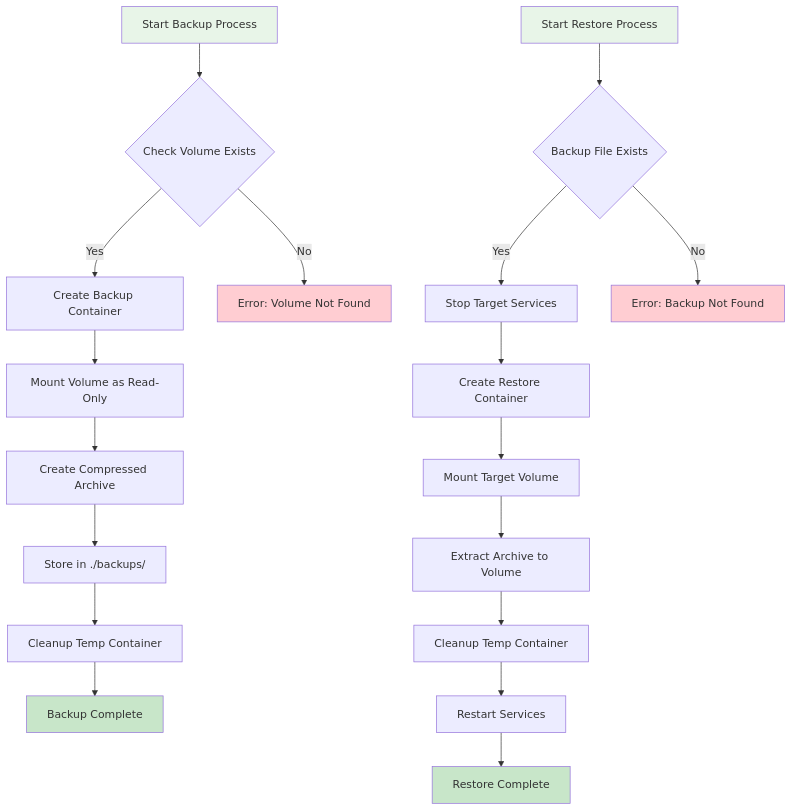
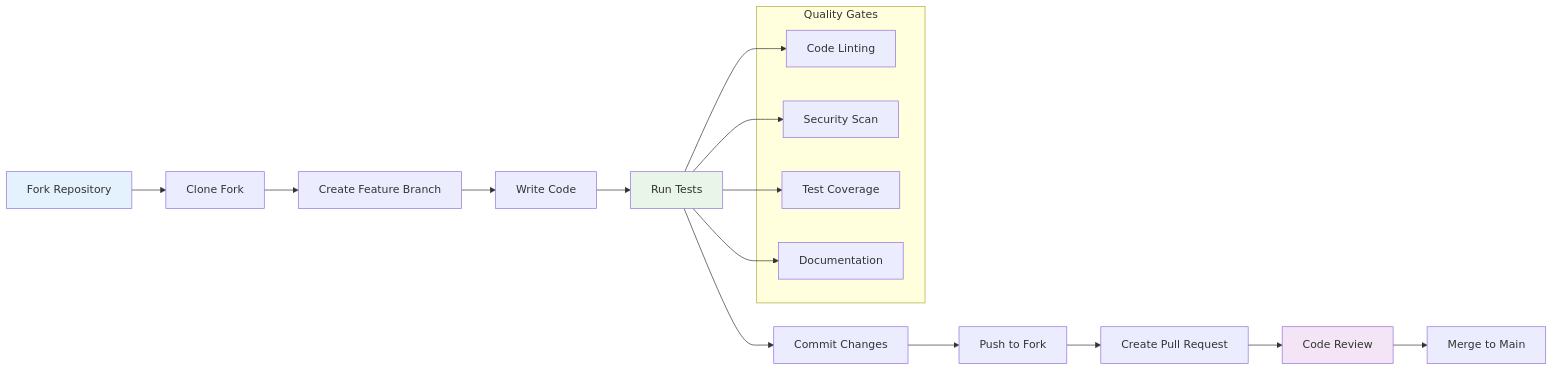
Diagram 15 of 17 in README.md (elementalcollision/GraphMemory-IDE), drawn with Mermaid before and after one commit. The commit also changed other lines of this file and 23 other files, not shown here.

````diff
--- a/README.md
+++ b/README.md
@@ -638,30 +814,28 @@
 ```mermaid
-graph TD
-    A[Start Backup Process] --> B{Check Volume Exists}
-    B -->|Yes| C[Create Backup Container]
-    B -->|No| D[Error: Volume Not Found]
+flowchart LR
+    FORK[Fork Repository] --> CLONE[Clone Fork]
+    CLONE --> BRANCH[Create Feature Branch]
+    BRANCH --> CODE[Write Code]
+    CODE --> TEST[Run Tests]
+    TEST --> COMMIT[Commit Changes]
+    COMMIT --> PUSH[Push to Fork]
+    PUSH --> PR[Create Pull Request]
+    PR --> REVIEW[Code Review]
+    REVIEW --> MERGE[Merge to Main]
     
-    C --> E[Mount Volume as Read-Only]
-    E --> F[Create Compressed Archive]
-    F --> G[Store in ./backups/]
-    G --> H[Cleanup Temp Container]
-    H --> I[Backup Complete]
+    subgraph "Quality Gates"
+        LINT[Code Linting]
+        SECURITY[Security Scan]
+        COVERAGE[Test Coverage]
+        DOCS[Documentation]
+    end
     
-    J[Start Restore Process] --> K{Backup File Exists}
-    K -->|Yes| L[Stop Target Services]
-    K -->|No| M[Error: Backup Not Found]
+    TEST --> LINT
+    TEST --> SECURITY
+    TEST --> COVERAGE
+    TEST --> DOCS
     
-    L --> N[Create Restore Container]
-    N --> O[Mount Target Volume]
-    O --> P[Extract Archive to Volume]
-    P --> Q[Cleanup Temp Container]
-    Q --> R[Restart Services]
-    R --> S[Restore Complete]
-    
-    style A fill:#e8f5e8
-    style I fill:#c8e6c9
-    style J fill:#e8f5e8
-    style S fill:#c8e6c9
-    style D fill:#ffcdd2
-    style M fill:#ffcdd2
+    style FORK fill:#e3f2fd
+    style TEST fill:#e8f5e8
+    style REVIEW fill:#f3e5f5
 ```
````
